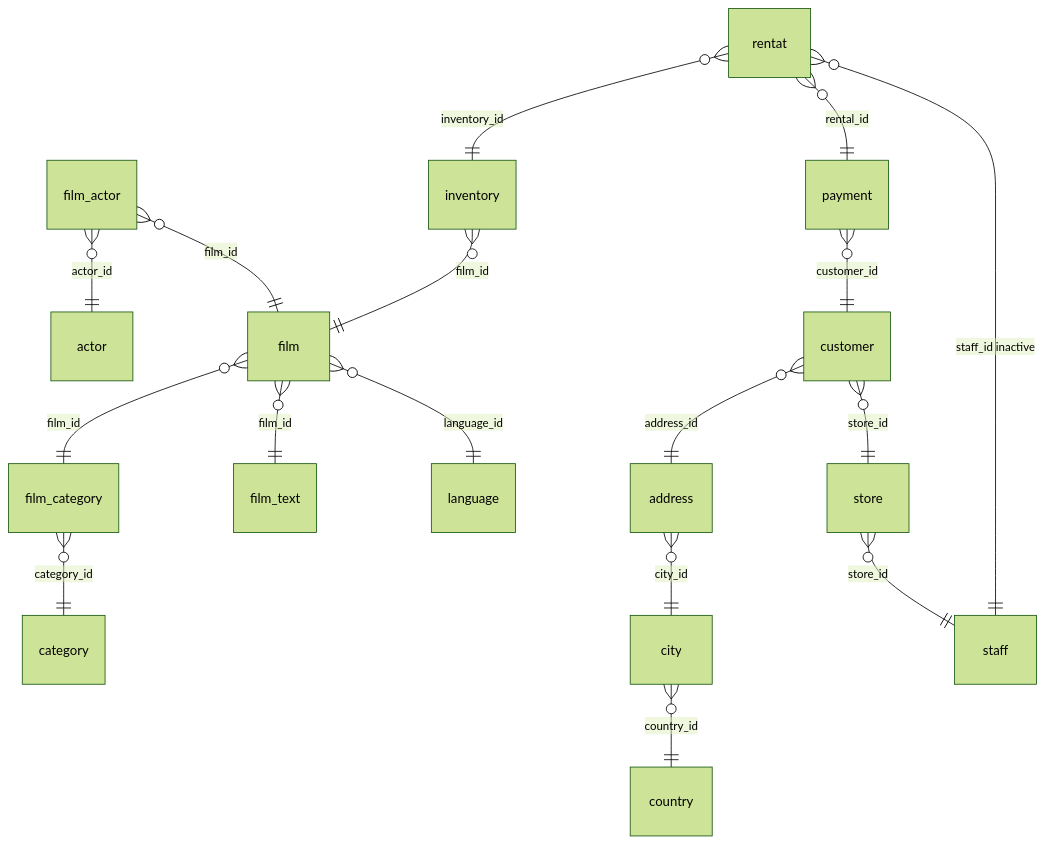
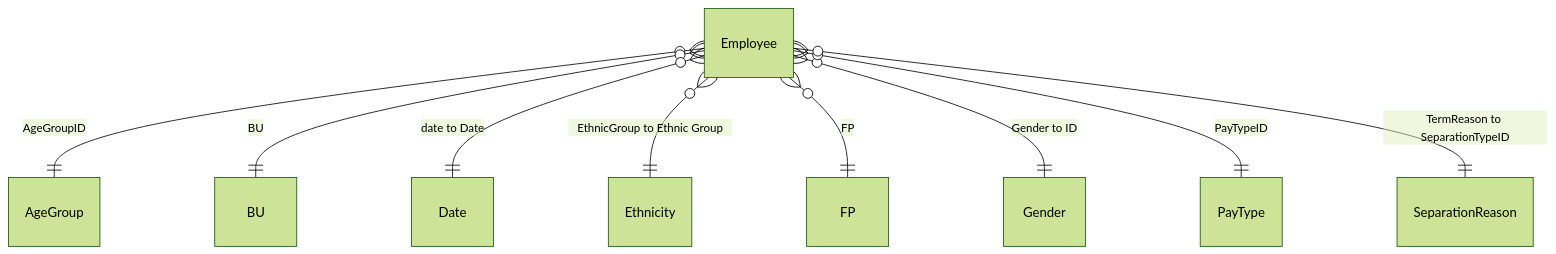
One commit to BasavarajAngadi55/PBI-to-looker-using-cursor- changed the diagram in phase1/DATA_MODEL.md. Above: the diagram before and after it, drawn with Mermaid (forest theme). The commit also changed other lines of this file and 112 other files, not shown here.

````diff
--- a/phase1/DATA_MODEL.md
+++ b/phase1/DATA_MODEL.md
@@ -16,19 +16,11 @@
 ```mermaid
 erDiagram
-    address }o--|| city : "city_id"
-    city }o--|| country : "country_id"
-    customer }o--|| address : "address_id"
-    customer }o--|| store : "store_id"
-    film }o--|| film_category : "film_id"
-    film }o--|| film_text : "film_id"
-    film }o--|| language : "language_id"
-    film_actor }o--|| actor : "actor_id"
-    film_actor }o--|| film : "film_id"
-    film_category }o--|| category : "category_id"
-    inventory }o--|| film : "film_id"
-    payment }o--|| customer : "customer_id"
-    rentat }o--|| inventory : "inventory_id"
-    rentat }o--|| payment : "rental_id"
-    store }o--|| staff : "store_id"
-    rentat }o--|| staff : "staff_id inactive"
+    Employee }o--|| AgeGroup : "AgeGroupID"
+    Employee }o--|| BU : "BU"
+    Employee }o--|| Date : "date to Date"
+    Employee }o--|| Ethnicity : "EthnicGroup to Ethnic Group"
+    Employee }o--|| FP : "FP"
+    Employee }o--|| Gender : "Gender to ID"
+    Employee }o--|| PayType : "PayTypeID"
+    Employee }o--|| SeparationReason : "TermReason to SeparationTypeID"
 ```
````
